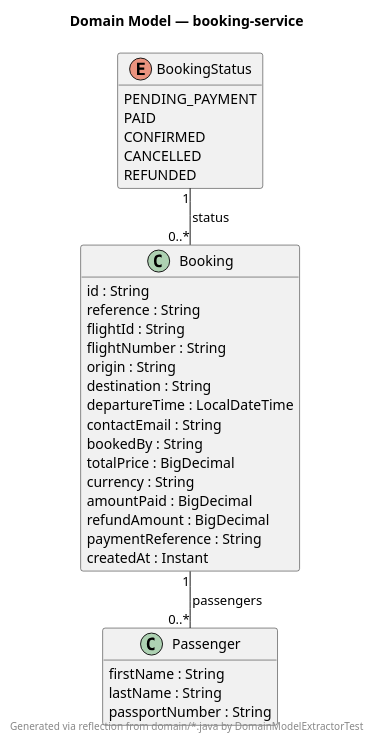
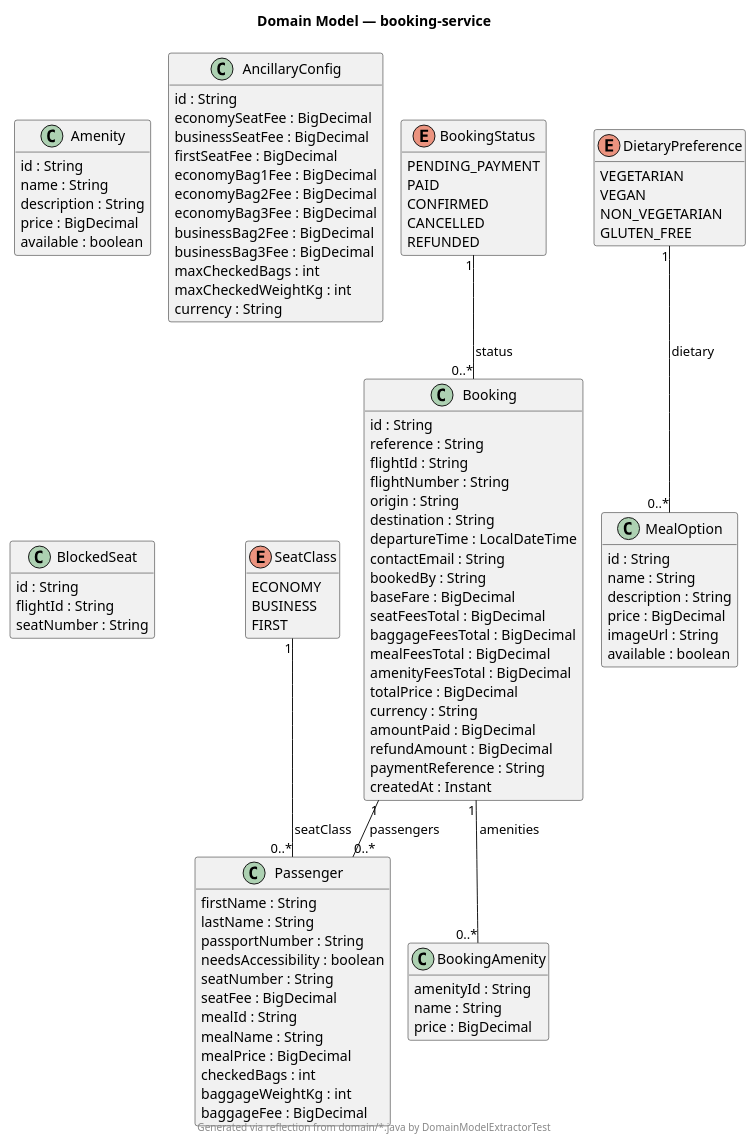
The diagram in backend/booking-service/docs/generated/DomainModel.puml (vvyavahare/book-my-flight), drawn with PlantUML before and after one commit. The commit also changed 11834 other files, not shown here.

```diff
--- a/backend/booking-service/docs/generated/DomainModel.puml
+++ b/backend/booking-service/docs/generated/DomainModel.puml
@@ -1,43 +1,110 @@
 @startuml
 !pragma layout smetana
 
 title Domain Model — booking-service
 footer Generated via reflection from domain/*.java by DomainModelExtractorTest
 
 hide empty members
 skinparam classAttributeIconSize 0
 
+class Amenity {
+  id : String
+  name : String
+  description : String
+  price : BigDecimal
+  available : boolean
+}
+class AncillaryConfig {
+  id : String
+  economySeatFee : BigDecimal
+  businessSeatFee : BigDecimal
+  firstSeatFee : BigDecimal
+  economyBag1Fee : BigDecimal
+  economyBag2Fee : BigDecimal
+  economyBag3Fee : BigDecimal
+  businessBag2Fee : BigDecimal
+  businessBag3Fee : BigDecimal
+  maxCheckedBags : int
+  maxCheckedWeightKg : int
+  currency : String
+}
+class BlockedSeat {
+  id : String
+  flightId : String
+  seatNumber : String
+}
 class Booking {
   id : String
   reference : String
   flightId : String
   flightNumber : String
   origin : String
   destination : String
   departureTime : LocalDateTime
   contactEmail : String
   bookedBy : String
+  baseFare : BigDecimal
+  seatFeesTotal : BigDecimal
+  baggageFeesTotal : BigDecimal
+  mealFeesTotal : BigDecimal
+  amenityFeesTotal : BigDecimal
   totalPrice : BigDecimal
   currency : String
   amountPaid : BigDecimal
   refundAmount : BigDecimal
   paymentReference : String
   createdAt : Instant
+}
+class BookingAmenity {
+  amenityId : String
+  name : String
+  price : BigDecimal
 }
 enum BookingStatus {
   PENDING_PAYMENT
   PAID
   CONFIRMED
   CANCELLED
   REFUNDED
 }
+enum DietaryPreference {
+  VEGETARIAN
+  VEGAN
+  NON_VEGETARIAN
+  GLUTEN_FREE
+}
+class MealOption {
+  id : String
+  name : String
+  description : String
+  price : BigDecimal
+  imageUrl : String
+  available : boolean
+}
 class Passenger {
   firstName : String
   lastName : String
   passportNumber : String
+  needsAccessibility : boolean
+  seatNumber : String
+  seatFee : BigDecimal
+  mealId : String
+  mealName : String
+  mealPrice : BigDecimal
+  checkedBags : int
+  baggageWeightKg : int
+  baggageFee : BigDecimal
+}
+enum SeatClass {
+  ECONOMY
+  BUSINESS
+  FIRST
 }
 
+Booking "1" -- "0..*" BookingAmenity : amenities
 Booking "1" -- "0..*" Passenger : passengers
 BookingStatus "1" -- "0..*" Booking : status
+DietaryPreference "1" -- "0..*" MealOption : dietary
+SeatClass "1" -- "0..*" Passenger : seatClass
 
 @enduml
```
